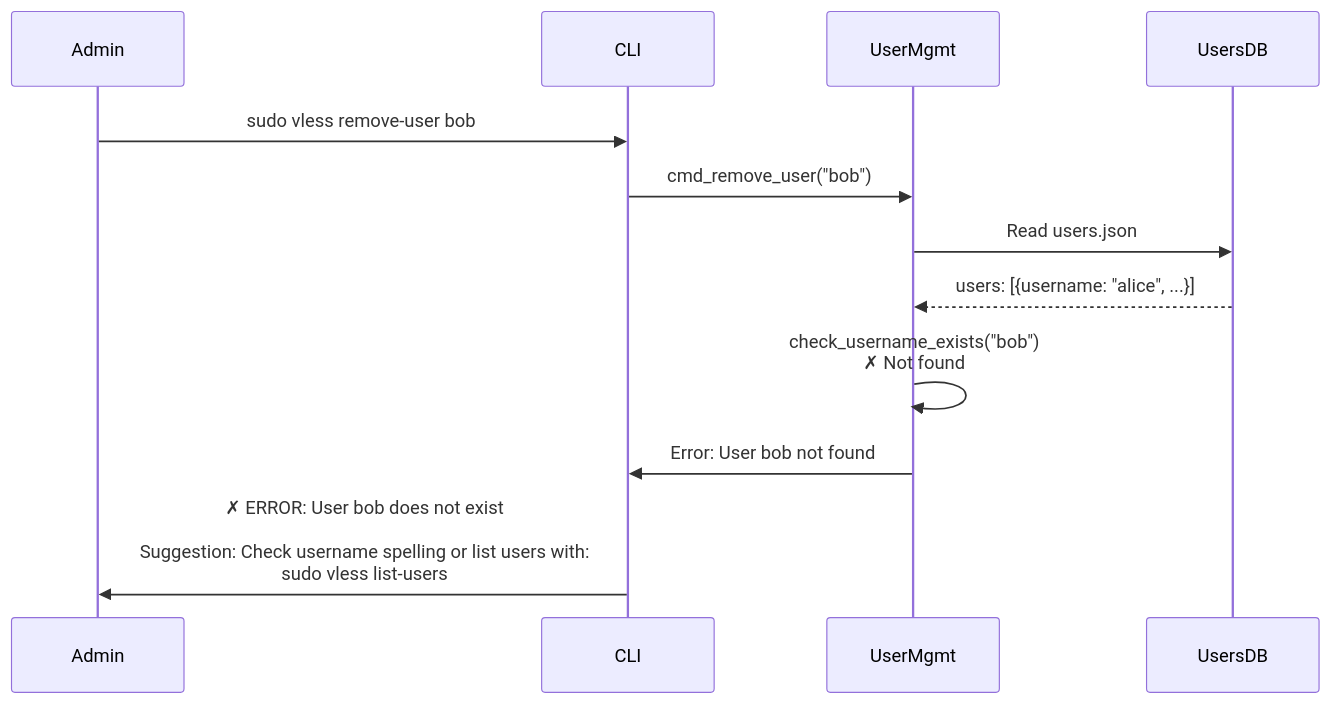
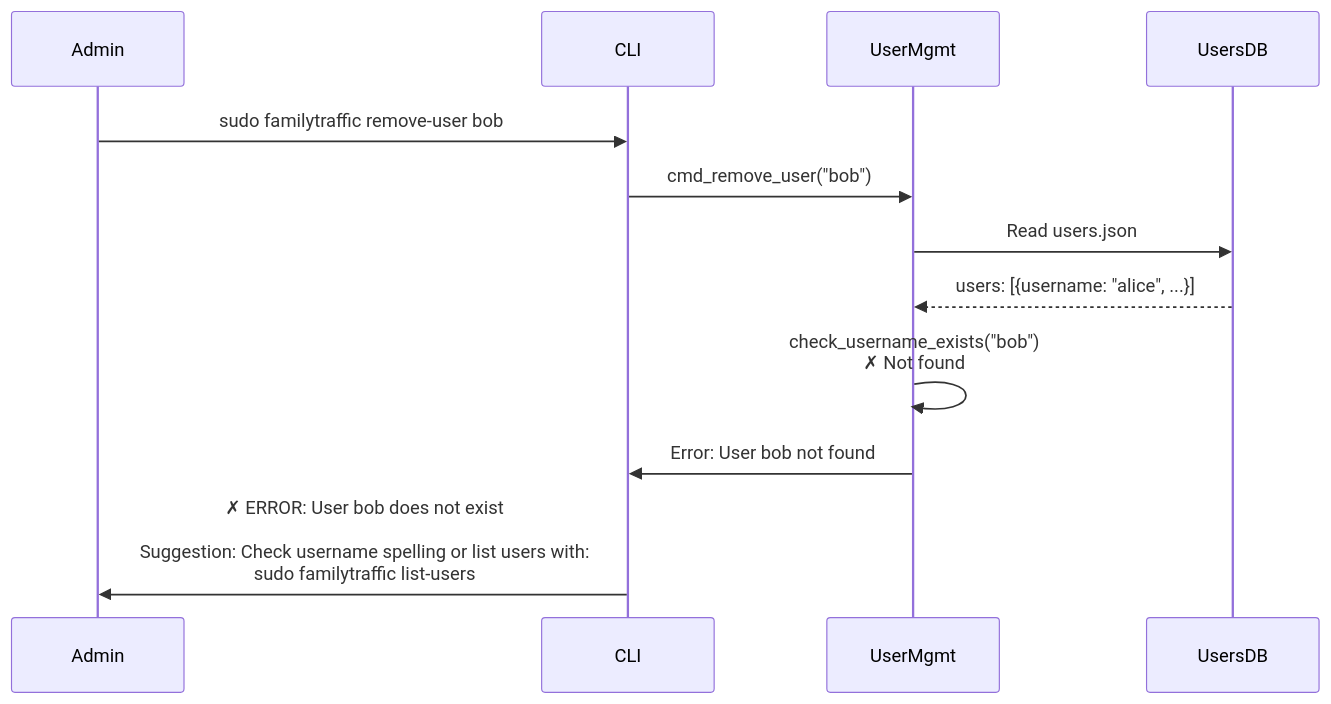
One commit to ikeniborn/vless changed the fifth of 8 diagrams in docs/architecture/diagrams/sequences/user-management.md. Above: the diagram before and after it, drawn with Mermaid. The commit also changed other lines of this file and 66 other files, not shown here.

First line of the commit message:
refactor(rename): replace old project name 'vless' with 'familytraffic'

````diff
--- a/docs/architecture/diagrams/sequences/user-management.md
+++ b/docs/architecture/diagrams/sequences/user-management.md
@@ -223,16 +223,16 @@
 ```mermaid
 sequenceDiagram
     participant Admin
     participant CLI
     participant UserMgmt
     participant UsersDB
 
-    Admin->>CLI: sudo vless remove-user bob
+    Admin->>CLI: sudo familytraffic remove-user bob
     CLI->>UserMgmt: cmd_remove_user("bob")
     UserMgmt->>UsersDB: Read users.json
     UsersDB-->>UserMgmt: users: [{username: "alice", ...}]
     UserMgmt->>UserMgmt: check_username_exists("bob")<br/>✗ Not found
 
     UserMgmt->>CLI: Error: User bob not found
-    CLI->>Admin: ✗ ERROR: User bob does not exist<br/><br/>Suggestion: Check username spelling or list users with:<br/> sudo vless list-users
+    CLI->>Admin: ✗ ERROR: User bob does not exist<br/><br/>Suggestion: Check username spelling or list users with:<br/> sudo familytraffic list-users
 ```
````
